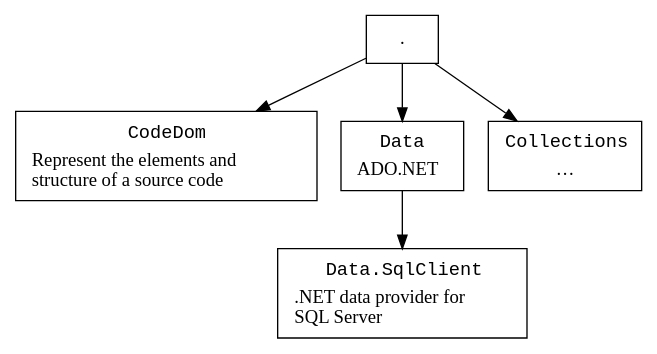
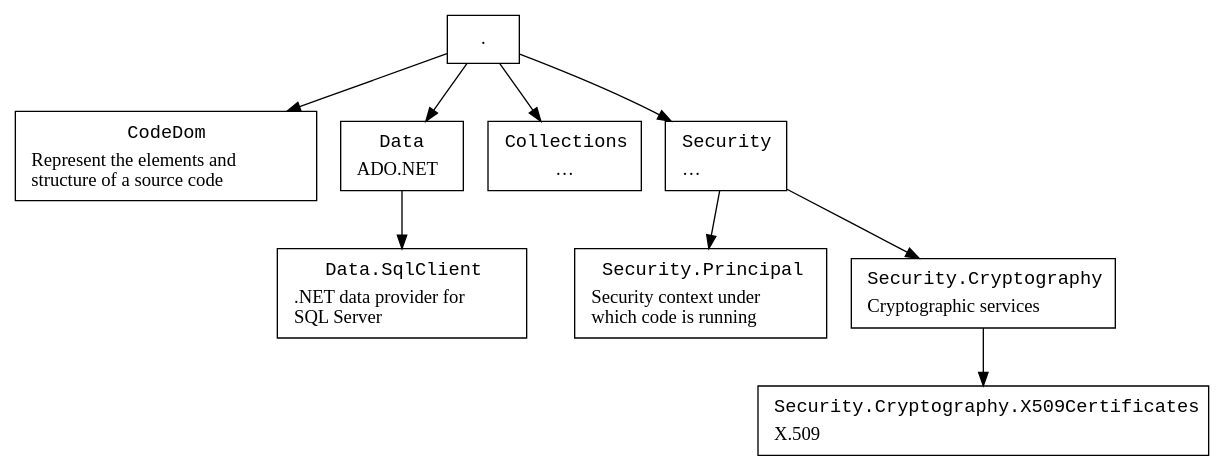
One commit to ReneNyffenegger/temp-dotNet changed the diagram in namespaces/namespace-hierarchy.dot. Above: the diagram before and after it, drawn with Graphviz. The commit also changed 3 other files, not shown here.

```diff
--- a/namespaces/namespace-hierarchy.dot
+++ b/namespaces/namespace-hierarchy.dot
@@ -1,17 +1,25 @@
 digraph hierarchy {
 
    node [ shape=box ]
 
    System [ label = "." ];
    CodeDom        [ label=< <table border="0"><tr><td align="text"><font face="Courier">CodeDom</font></td></tr><tr><td>Represent the elements and<br align="left"/>structure of a source code<br align="left"/></td></tr></table> > ];
    Data           [ label=< <table border="0"><tr><td align="text"><font face="Courier">Data</font></td></tr><tr><td>ADO.NET</td></tr></table> > ];
    Collections    [ label=< <table border="0"><tr><td align="text"><font face="Courier">Collections</font></td></tr><tr><td>…</td></tr></table> > ];
    Data_SqlClient [ label=< <table border="0"><tr><td align="text"><font face="Courier">Data.SqlClient</font></td></tr><tr><td align="text">.NET data provider for<br align="left"/>SQL Server<br align="left"/></td></tr></table> > ];
+   Security       [ label=< <table border="0"><tr><td align="text"><font face="Courier">Security</font></td></tr><tr><td align="text">…<br align="left"/></td></tr></table> > ];
+   Security_Principal  [ label=< <table border="0"><tr><td align="text"><font face="Courier">Security.Principal</font></td></tr><tr><td align="text">Security context under<br align="left"/>which code is running<br align="left"/></td></tr></table> > ];
+   Security_Cryptography  [ label=< <table border="0"><tr><td align="text"><font face="Courier">Security.Cryptography</font></td></tr><tr><td align="text">Cryptographic services<br align="left"/></td></tr></table> > ];
+   Security_Cryptography_X509Certificates  [ label=< <table border="0"><tr><td align="text"><font face="Courier">Security.Cryptography.X509Certificates</font></td></tr><tr><td align="text">X.509<br align="left"/></td></tr></table> > ];
 
    System -> CodeDom;
    System -> Data;
    System -> Collections;
+   System -> Security;
+   Security -> Security_Principal;
+   Security -> Security_Cryptography;
+   Security_Cryptography->Security_Cryptography_X509Certificates;
 
    Data -> Data_SqlClient;
 
 }
```
